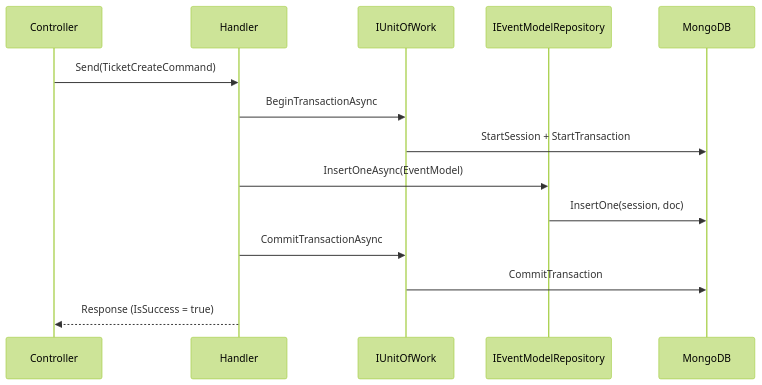
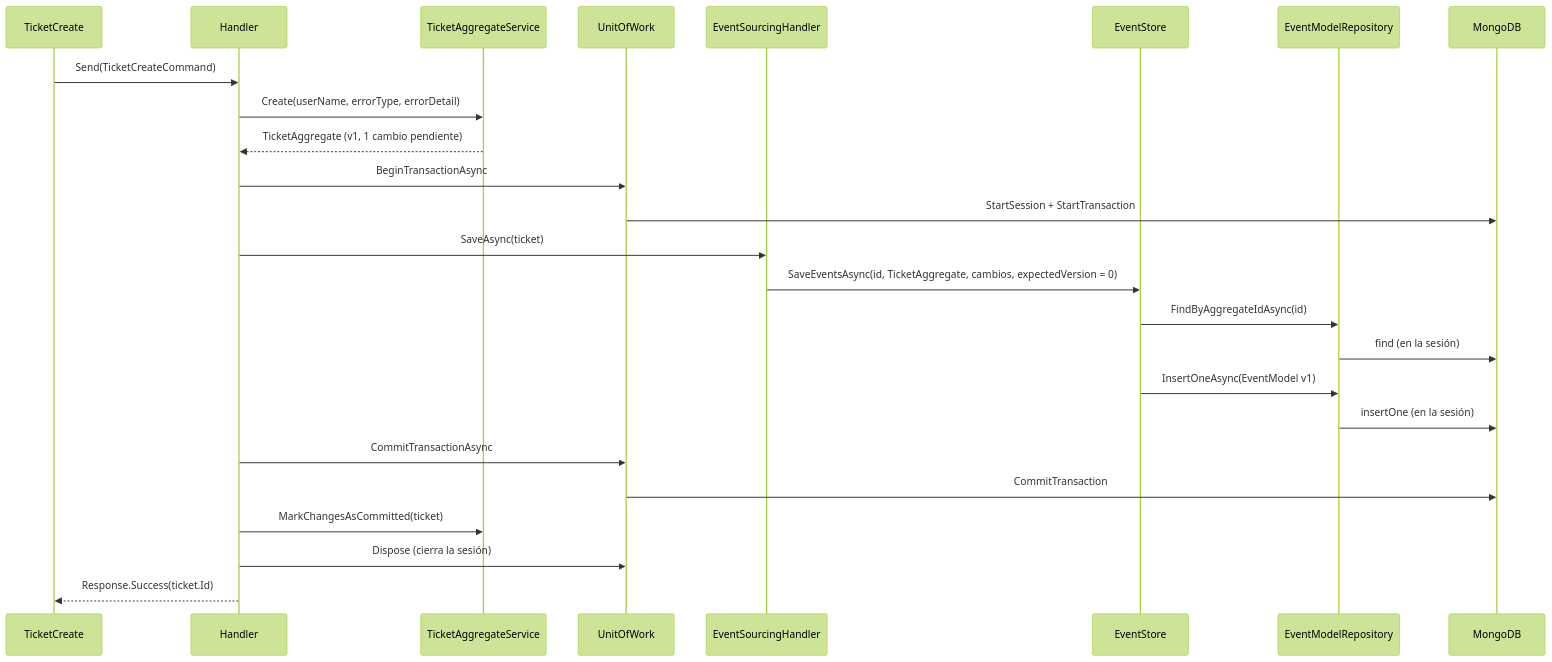
Before and after one commit to rubendevvalencia/BackendPortfolio: the third of 3 diagrams in Microservices-Events/docs/arquitectura.md, drawn with Mermaid (forest theme). The commit also changed other lines of this file and 5 other files, not shown here.

````diff
--- a/Microservices-Events/docs/arquitectura.md
+++ b/Microservices-Events/docs/arquitectura.md
@@ -70,16 +226,27 @@
 ```mermaid
 sequenceDiagram
-    participant C as Controller
+    participant C as TicketCreate
     participant H as Handler
-    participant U as IUnitOfWork
-    participant R as IEventModelRepository
+    participant S as TicketAggregateService
+    participant U as UnitOfWork
+    participant E as EventSourcingHandler
+    participant ES as EventStore
+    participant R as EventModelRepository
     participant M as MongoDB
     C->>H: Send(TicketCreateCommand)
+    H->>S: Create(userName, errorType, errorDetail)
+    S-->>H: TicketAggregate (v1, 1 cambio pendiente)
     H->>U: BeginTransactionAsync
     U->>M: StartSession + StartTransaction
-    H->>R: InsertOneAsync(EventModel)
-    R->>M: InsertOne(session, doc)
+    H->>E: SaveAsync(ticket)
+    E->>ES: SaveEventsAsync(id, TicketAggregate, cambios, expectedVersion = 0)
+    ES->>R: FindByAggregateIdAsync(id)
+    R->>M: find (en la sesión)
+    ES->>R: InsertOneAsync(EventModel v1)
+    R->>M: insertOne (en la sesión)
     H->>U: CommitTransactionAsync
     U->>M: CommitTransaction
-    H-->>C: Response (IsSuccess = true)
+    H->>S: MarkChangesAsCommitted(ticket)
+    H->>U: Dispose (cierra la sesión)
+    H-->>C: Response.Success(ticket.Id)
 ```
````
